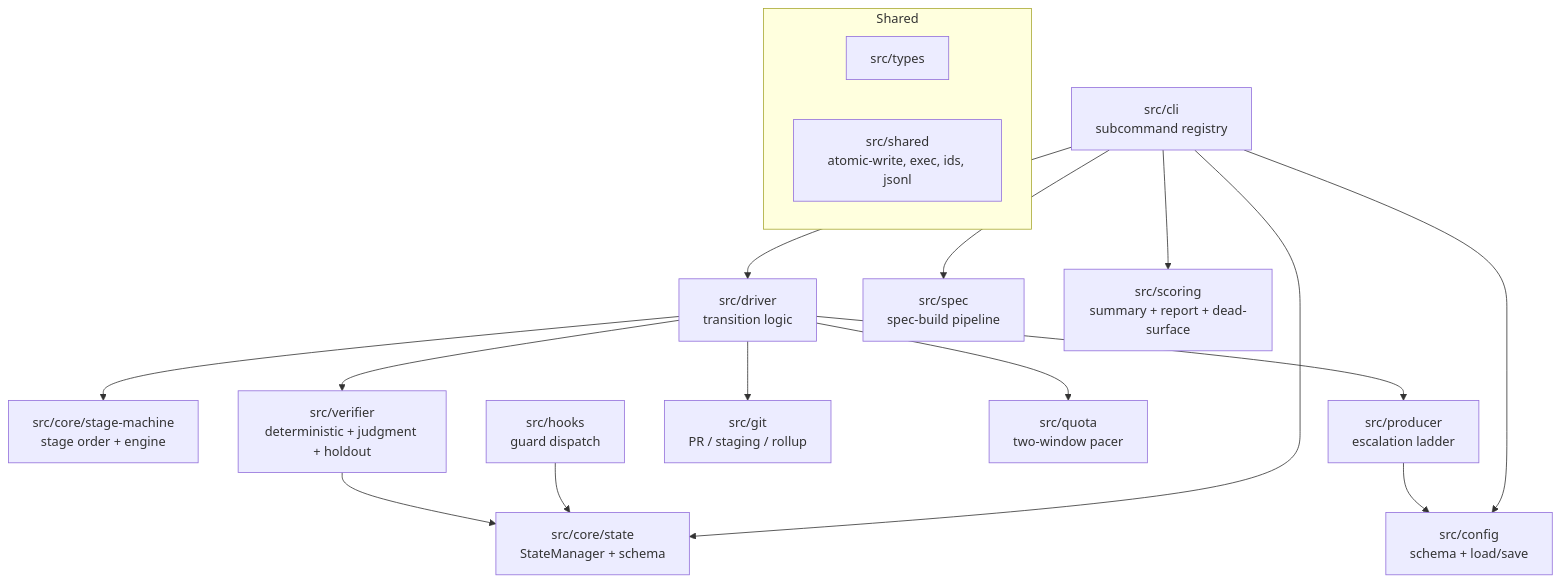
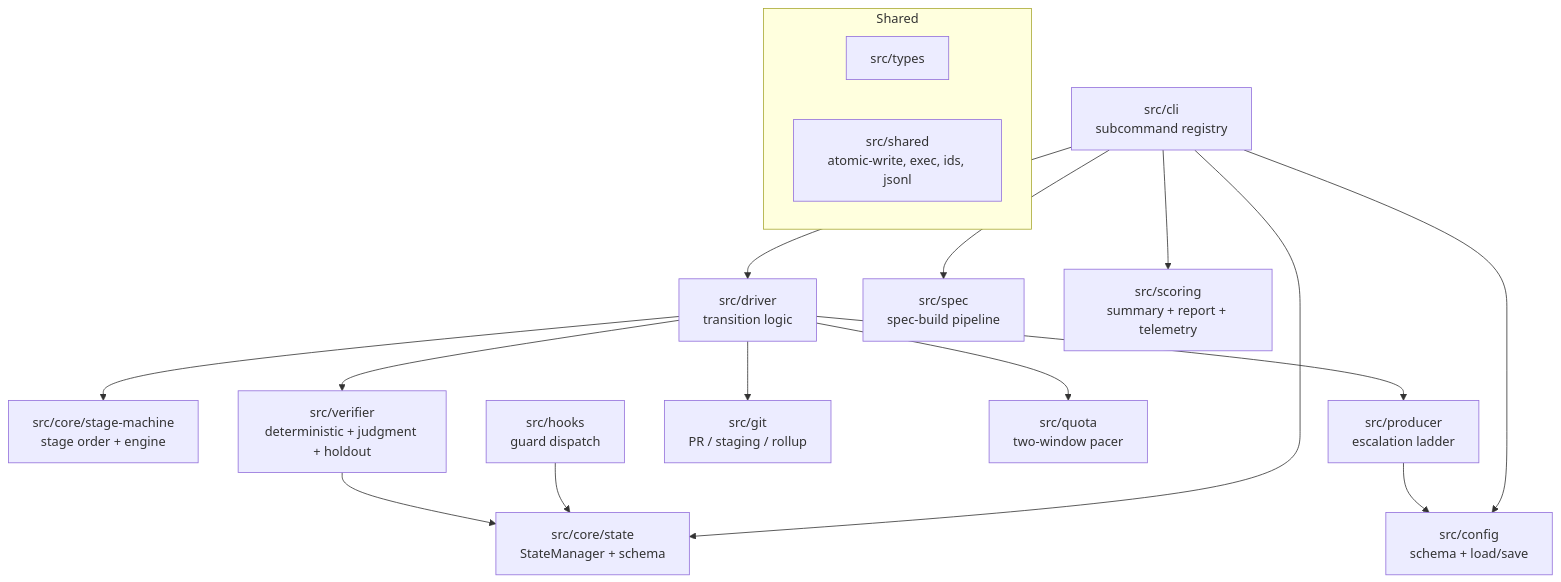
One commit to jfa94/factory changed the diagram in docs/architecture/components.md. Above: the diagram before and after it, drawn with Mermaid. The commit also changed other lines of this file and 3 other files, not shown here.

````diff
--- a/docs/architecture/components.md
+++ b/docs/architecture/components.md
@@ -7,20 +7,20 @@
 ```mermaid
 graph TD
   CLI[src/cli<br/>subcommand registry] --> Driver[src/driver<br/>transition logic]
   CLI --> State[src/core/state<br/>StateManager + schema]
   Driver --> Stage[src/core/stage-machine<br/>stage order + engine]
   Driver --> Producer[src/producer<br/>escalation ladder]
   Driver --> Verifier[src/verifier<br/>deterministic + judgment + holdout]
   Driver --> Git[src/git<br/>PR / staging / rollup]
   Driver --> Quota[src/quota<br/>two-window pacer]
   CLI --> Spec[src/spec<br/>spec-build pipeline]
-  CLI --> Scoring[src/scoring<br/>summary + report + dead-surface]
+  CLI --> Scoring[src/scoring<br/>summary + report + telemetry]
   CLI --> Config[src/config<br/>schema + load/save]
   Hooks[src/hooks<br/>guard dispatch] --> State
   Verifier --> State
   Producer --> Config
   subgraph Shared
     Types[src/types]
     Sh[src/shared<br/>atomic-write, exec, ids, jsonl]
   end
 ```
````
